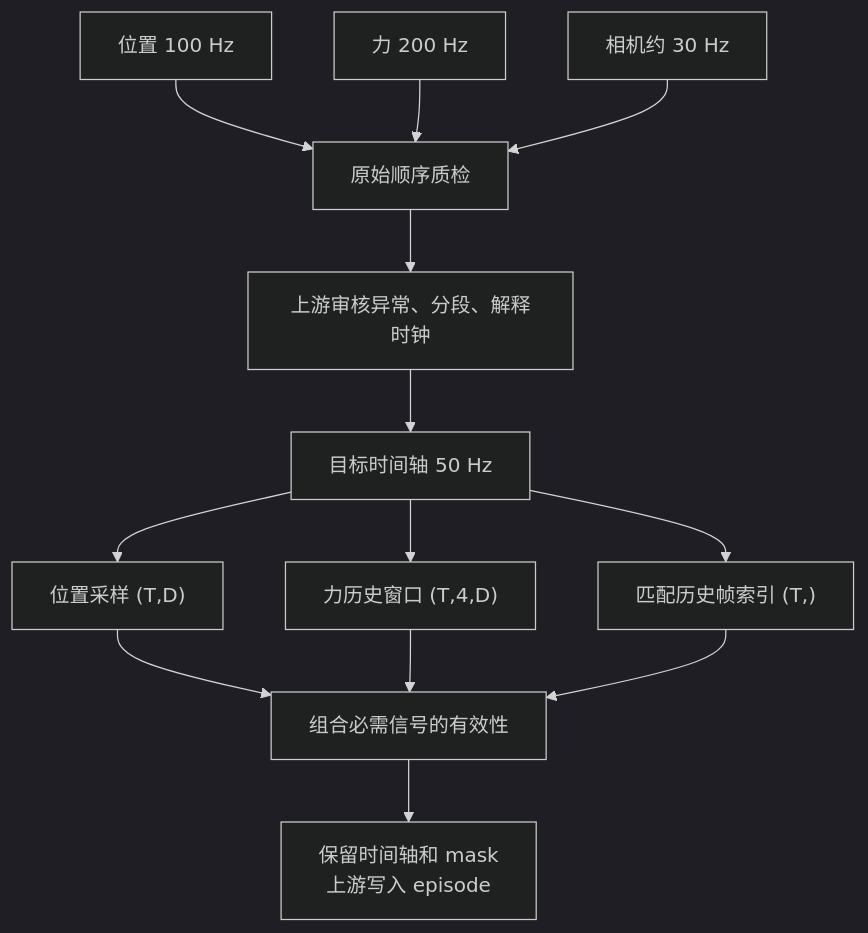
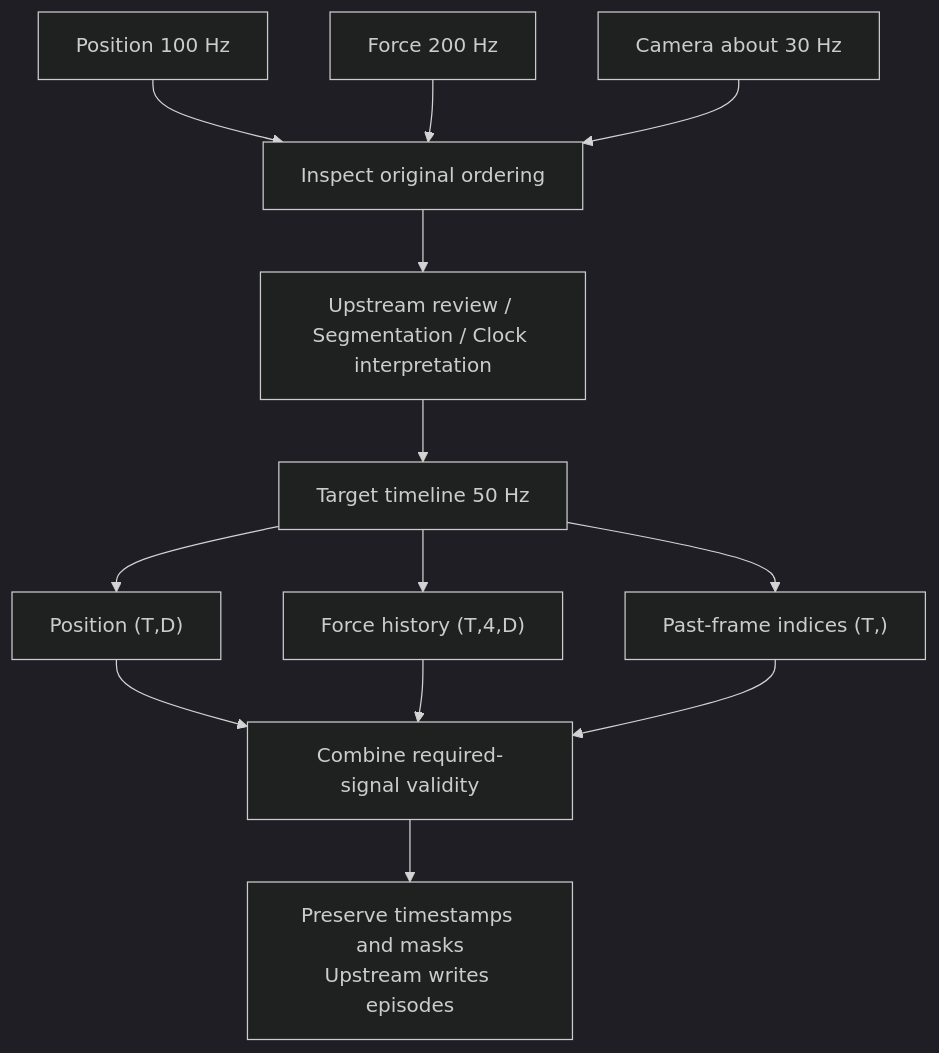
The diagram in docs/guides/pipeline.md (XieWeikai/mcap-ops), drawn with Mermaid (dark theme) before and after one commit. The commit also changed other lines of this file and 71 other files, not shown here.

````diff
--- a/docs/guides/pipeline.md
+++ b/docs/guides/pipeline.md
@@ -19,15 +22,15 @@
 ```mermaid
 flowchart TB
-    P["位置 100 Hz"] --> Q["原始顺序质检"]
-    W["力 200 Hz"] --> Q
-    C["相机约 30 Hz"] --> Q
-    Q --> POLICY["上游审核异常、分段、解释时钟"]
-    POLICY --> GRID["目标时间轴 50 Hz"]
-    GRID --> POS["位置采样 (T,D)"]
-    GRID --> FORCE["力历史窗口 (T,4,D)"]
-    GRID --> IMAGE["匹配历史帧索引 (T,)"]
-    POS --> MASK["组合必需信号的有效性"]
+    P["Position 100 Hz"] --> Q["Inspect original ordering"]
+    W["Force 200 Hz"] --> Q
+    C["Camera about 30 Hz"] --> Q
+    Q --> POLICY["Upstream review / Segmentation / Clock interpretation"]
+    POLICY --> GRID["Target timeline 50 Hz"]
+    GRID --> POS["Position (T,D)"]
+    GRID --> FORCE["Force history (T,4,D)"]
+    GRID --> IMAGE["Past-frame indices (T,)"]
+    POS --> MASK["Combine required-signal validity"]
     FORCE --> MASK
     IMAGE --> MASK
-    MASK --> OUT["保留时间轴和 mask<br/>上游写入 episode"]
+    MASK --> OUT["Preserve timestamps and masks<br/>Upstream writes episodes"]
 ```
````
